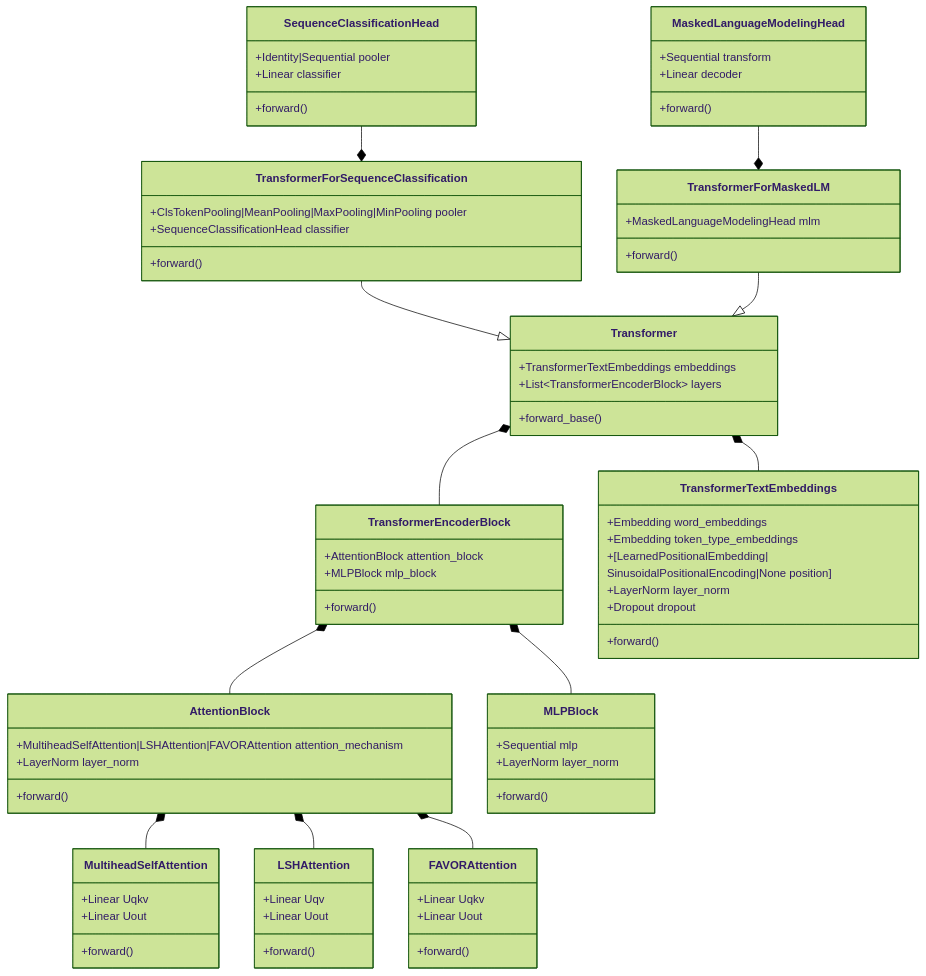
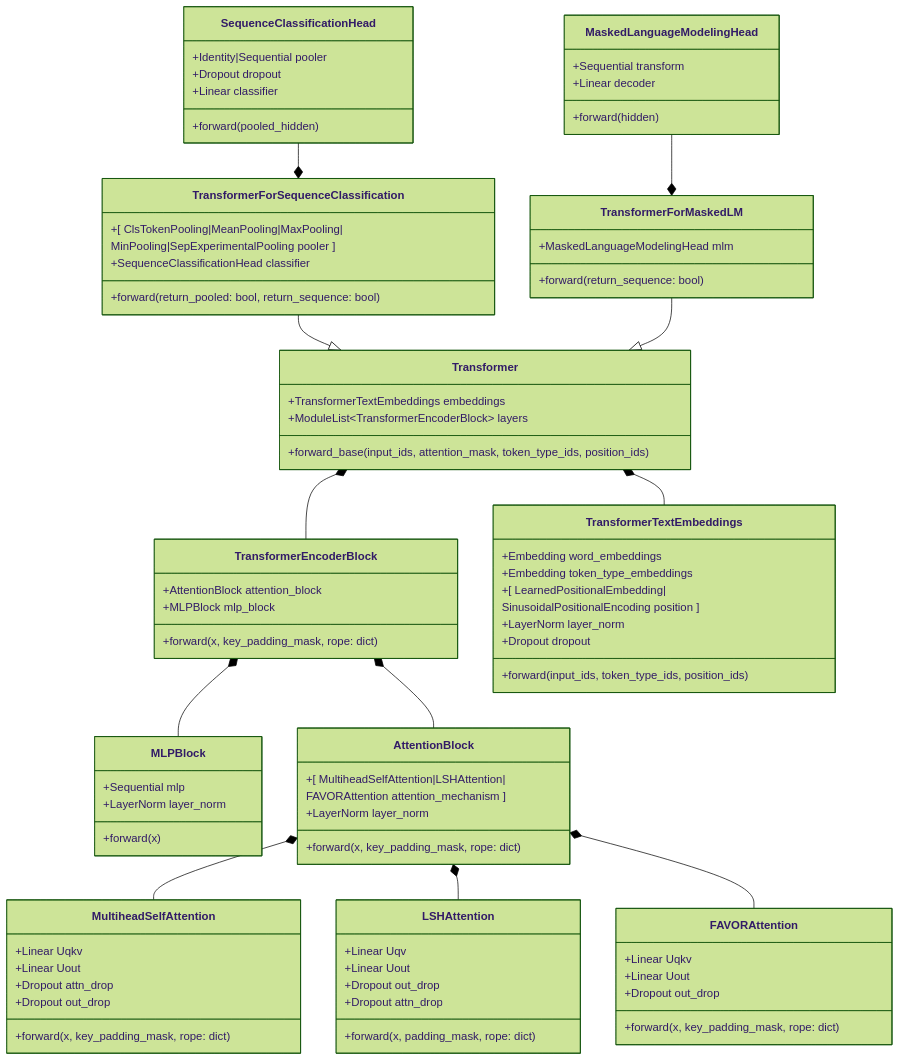
One commit to Bartekb3/fromscratch-transformer-classifier changed the third of 3 diagrams in docs/diagrams/diagrams.md. Above: the diagram before and after it, drawn with Mermaid (forest theme). The commit also changed 19 other files, not shown here.

```diff
--- a/docs/diagrams/diagrams.md
+++ b/docs/diagrams/diagrams.md
@@ -68,80 +68,90 @@
 classDiagram
 direction TB
 
-
     class TransformerForSequenceClassification {
-	    +ClsTokenPooling|MeanPooling|MaxPooling|MinPooling pooler
+	    +[ ClsTokenPooling|MeanPooling|MaxPooling|
+        MinPooling|SepExperimentalPooling pooler ]
 	    +SequenceClassificationHead classifier
-	    +forward()
+	    +forward(return_pooled: bool, return_sequence: bool)
     }
 
     class TransformerForMaskedLM {
 	    +MaskedLanguageModelingHead mlm
-	    +forward()
+	    +forward(return_sequence: bool)
     }
 
     class Transformer {
 	    +TransformerTextEmbeddings embeddings
-	    +List~TransformerEncoderBlock~ layers
-	    +forward_base()
+	    +ModuleList~TransformerEncoderBlock~ layers
+	    +forward_base(input_ids, attention_mask, token_type_ids, position_ids)
     }
 
     class TransformerEncoderBlock {
 	    +AttentionBlock attention_block
 	    +MLPBlock mlp_block
-	    +forward()
+	    +forward(x, key_padding_mask, rope: dict)
     }
+    v
 
     class TransformerTextEmbeddings {
 	    +Embedding word_embeddings
 	    +Embedding token_type_embeddings
-        +[LearnedPositionalEmbedding|
-        SinusoidalPositionalEncoding|None position]
+        +[ LearnedPositionalEmbedding|
+        SinusoidalPositionalEncoding position ]
 	    +LayerNorm layer_norm
 	    +Dropout dropout
-	    +forward()
-    }
-
-    class AttentionBlock {
-	    +MultiheadSelfAttention|LSHAttention|FAVORAttention attention_mechanism
-	    +LayerNorm layer_norm
-	    +forward()
+	    +forward(input_ids, token_type_ids, position_ids)
     }
 
     class MLPBlock {
 	    +Sequential mlp
 	    +LayerNorm layer_norm
-	    +forward()
+	    +forward(x)
     }
+
+
+    class AttentionBlock {
+	    +[ MultiheadSelfAttention|LSHAttention|
+        FAVORAttention attention_mechanism ]
+	    +LayerNorm layer_norm
+	    +forward(x, key_padding_mask, rope: dict)
+    }
+
 
     class MultiheadSelfAttention {
 	    +Linear Uqkv
 	    +Linear Uout
-	    +forward()
+        +Dropout attn_drop
+        +Dropout out_drop
+	    +forward(x, key_padding_mask, rope: dict)
     }
 
     class LSHAttention {
 	    +Linear Uqv
 	    +Linear Uout
-	    +forward()
+        +Dropout out_drop
+        +Dropout attn_drop
+	    +forward(x, padding_mask, rope: dict)
     }
 
     class FAVORAttention {
 	    +Linear Uqkv
 	    +Linear Uout
-	    +forward()
+        +Dropout out_drop
+	    +forward(x, key_padding_mask, rope: dict)
     }
 
     class SequenceClassificationHead {
 	    +Identity|Sequential pooler
+        +Dropout dropout
 	    +Linear classifier
-	    +forward()
+	    +forward(pooled_hidden)
     }
 
     class MaskedLanguageModelingHead {
 	    +Sequential transform
 	    +Linear decoder
-	    +forward()
+	    +forward(hidden)
     }
 
     TransformerForSequenceClassification --|> Transformer
```
